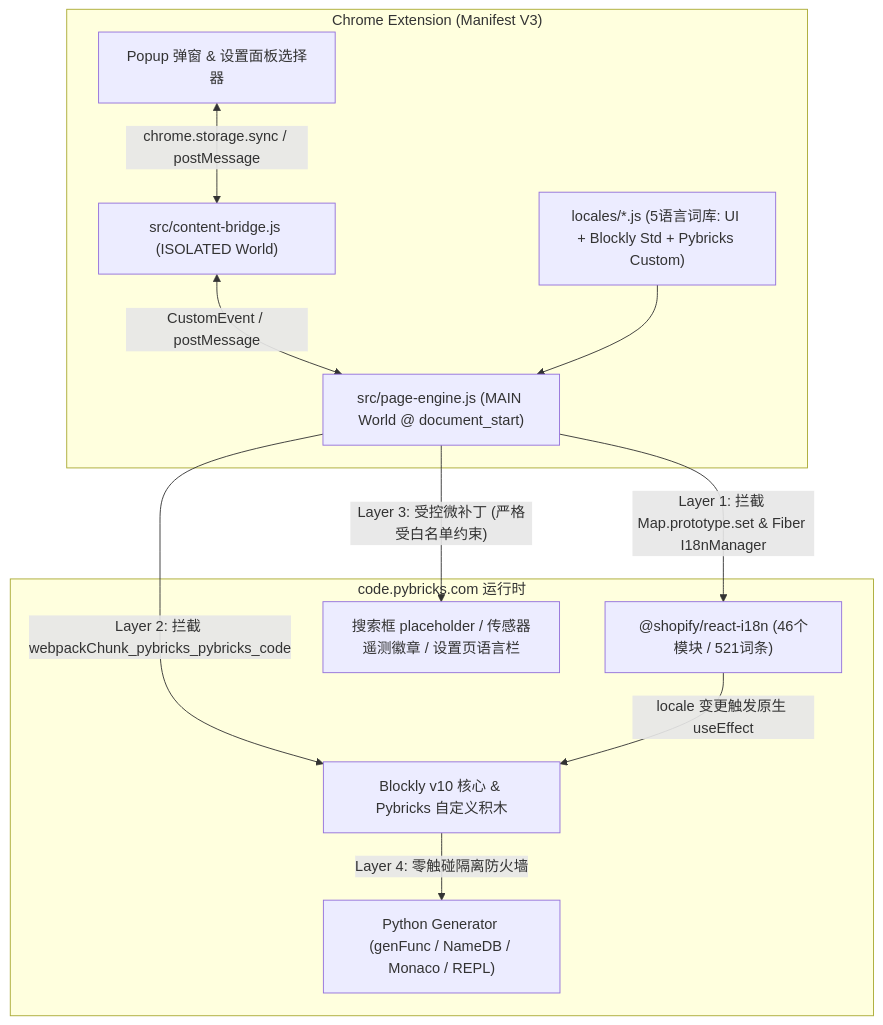
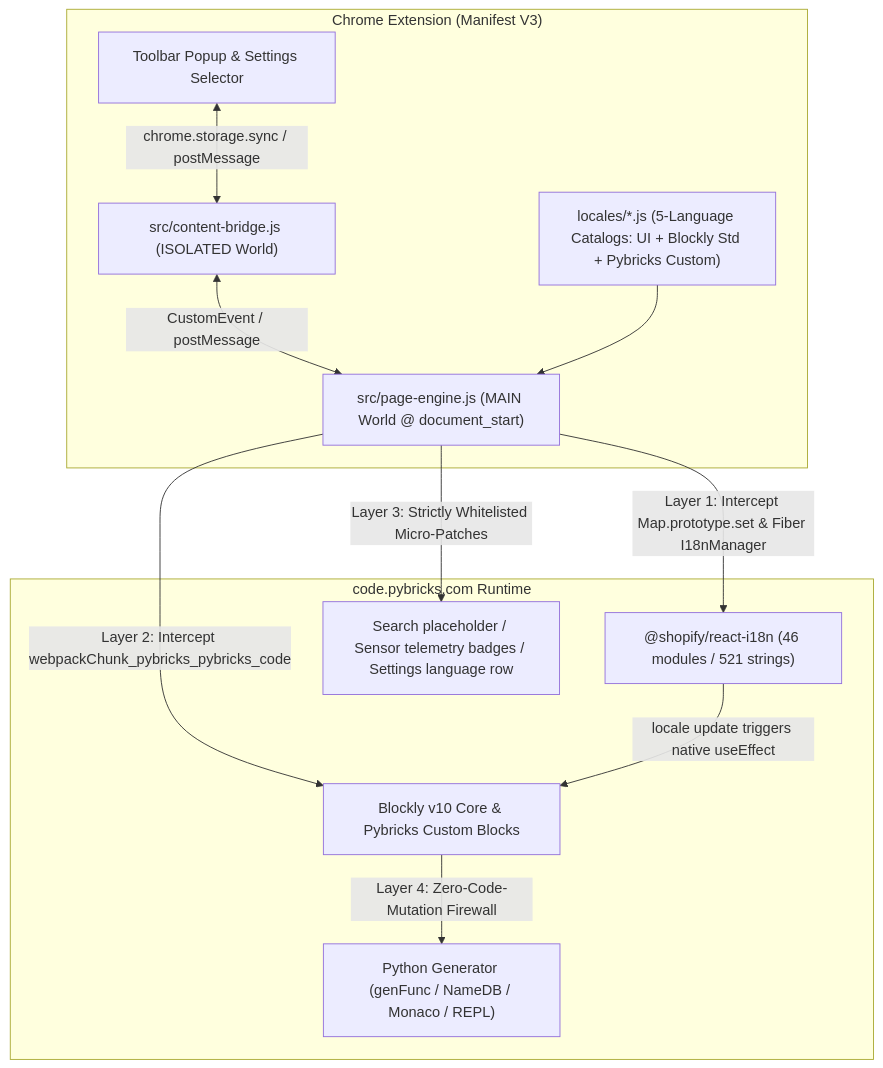
Before and after one commit to scatwang/pybricks_i18n: the first of 2 diagrams in DESIGN.md, drawn with Mermaid. The commit also changed other lines of this file and 31 other files, not shown here.

Commit message:
docs: add Chrome Web Store 1280x800 screenshots & promo tile generator

````diff
--- a/DESIGN.md
+++ b/DESIGN.md
@@ -38,16 +38,16 @@
 ```mermaid
 flowchart TD
     subgraph MV3["Chrome Extension (Manifest V3)"]
-        Popup["Popup 弹窗 & 设置面板选择器"] <-->|"chrome.storage.sync / postMessage"| Bridge["src/content-bridge.js (ISOLATED World)"]
+        Popup["Toolbar Popup & Settings Selector"] <-->|"chrome.storage.sync / postMessage"| Bridge["src/content-bridge.js (ISOLATED World)"]
         Bridge <-->|"CustomEvent / postMessage"| Engine["src/page-engine.js (MAIN World @ document_start)"]
-        Catalogs["locales/*.js (5语言词库: UI + Blockly Std + Pybricks Custom)"] --> Engine
+        Catalogs["locales/*.js (5-Language Catalogs: UI + Blockly Std + Pybricks Custom)"] --> Engine
     end
 
-    subgraph Pybricks["code.pybricks.com 运行时"]
-        Engine -->|"Layer 1: 拦截 Map.prototype.set & Fiber I18nManager"| ShopifyI18n["@shopify/react-i18n (46个模块 / 521词条)"]
-        Engine -->|"Layer 2: 拦截 webpackChunk_pybricks_pybricks_code"| BlocklyCore["Blockly v10 核心 & Pybricks 自定义积木"]
-        Engine -->|"Layer 3: 受控微补丁 (严格受白名单约束)"| HardcodedUI["搜索框 placeholder / 传感器遥测徽章 / 设置页语言栏"]
-        ShopifyI18n -->|"locale 变更触发原生 useEffect"| BlocklyCore
-        BlocklyCore -->|"Layer 4: 零触碰隔离防火墙"| PythonGen["Python Generator (genFunc / NameDB / Monaco / REPL)"]
+    subgraph Pybricks["code.pybricks.com Runtime"]
+        Engine -->|"Layer 1: Intercept Map.prototype.set & Fiber I18nManager"| ShopifyI18n["@shopify/react-i18n (46 modules / 521 strings)"]
+        Engine -->|"Layer 2: Intercept webpackChunk_pybricks_pybricks_code"| BlocklyCore["Blockly v10 Core & Pybricks Custom Blocks"]
+        Engine -->|"Layer 3: Strictly Whitelisted Micro-Patches"| HardcodedUI["Search placeholder / Sensor telemetry badges / Settings language row"]
+        ShopifyI18n -->|"locale update triggers native useEffect"| BlocklyCore
+        BlocklyCore -->|"Layer 4: Zero-Code-Mutation Firewall"| PythonGen["Python Generator (genFunc / NameDB / Monaco / REPL)"]
     end
 ```
````
